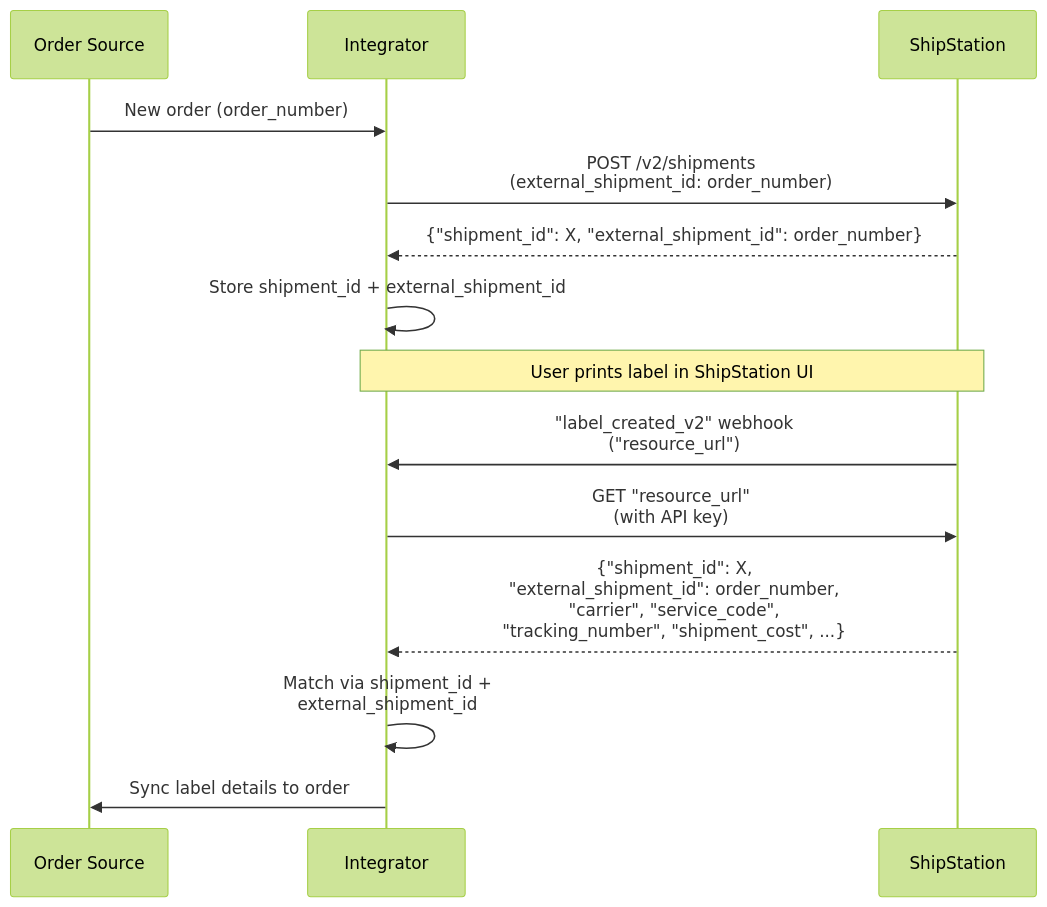
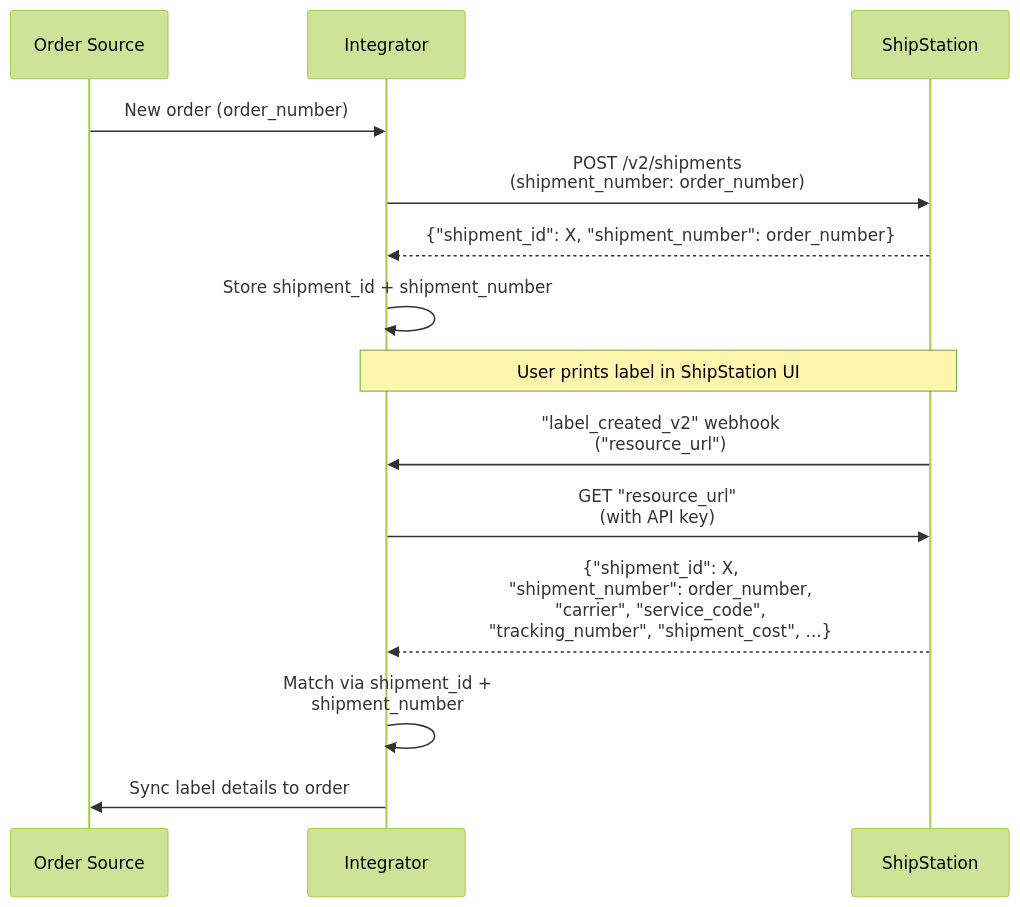
The diagram in patterns/order-creation-api-label-print-ui.md (pmcgee-personal/shipstation-integration-toolkit), drawn with Mermaid (forest theme) before and after one commit. The commit also changed other lines of this file and 1 other file, not shown here.

Commit message:
update: pattern formatting

````diff
--- a/patterns/order-creation-api-label-print-ui.md
+++ b/patterns/order-creation-api-label-print-ui.md
@@ -9,20 +9,20 @@
 ```mermaid
 sequenceDiagram
     participant OrderSrc as Order Source
     participant Int as Integrator
     participant SS as ShipStation
 
     OrderSrc->>Int: New order (order_number)
-    Int->>SS: POST /v2/shipments<br/>(external_shipment_id: order_number)
-    SS-->>Int: {"shipment_id": X, "external_shipment_id": order_number}
-    Int->>Int: Store shipment_id + external_shipment_id
+    Int->>SS: POST /v2/shipments<br/>(shipment_number: order_number)
+    SS-->>Int: {"shipment_id": X, "shipment_number": order_number}
+    Int->>Int: Store shipment_id + shipment_number
 
     Note over Int,SS: User prints label in ShipStation UI
     SS->>Int: "label_created_v2" webhook<br/>("resource_url")
 
     Int->>SS: GET "resource_url"<br/>(with API key)
-    SS-->>Int: {"shipment_id": X,<br/>"external_shipment_id": order_number,<br/>"carrier", "service_code",<br/>"tracking_number", "shipment_cost", ...}
+    SS-->>Int: {"shipment_id": X,<br/>"shipment_number": order_number,<br/>"carrier", "service_code",<br/>"tracking_number", "shipment_cost", ...}
 
-    Int->>Int: Match via shipment_id +<br/>external_shipment_id
+    Int->>Int: Match via shipment_id +<br/>shipment_number
     Int->>OrderSrc: Sync label details to order
 ```
````
